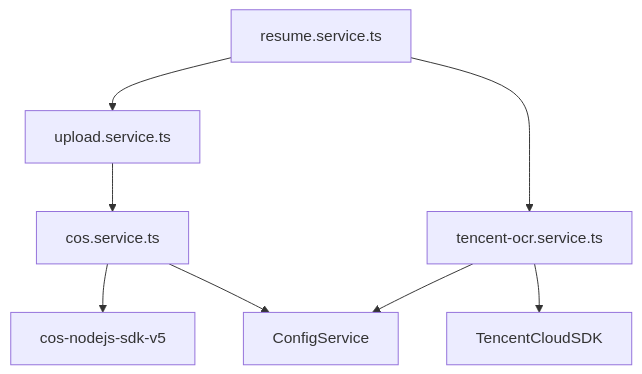
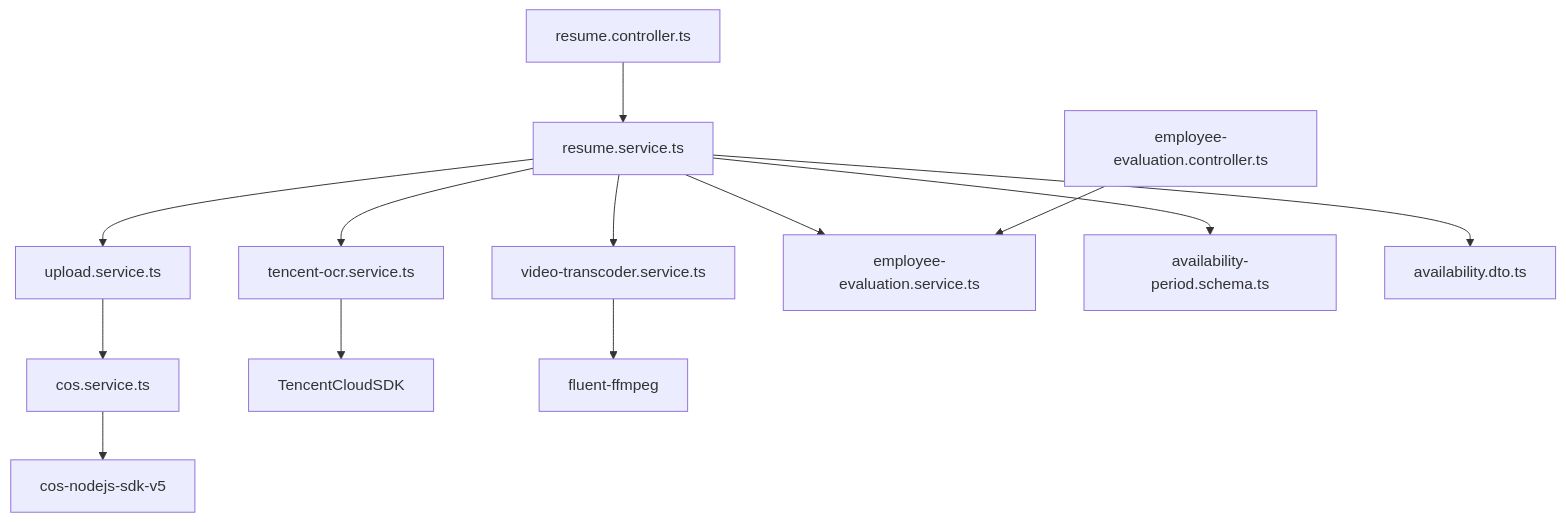
The fifth of 5 diagrams in .qoder/repowiki/zh/content/核心功能模块/简历管理模块.md (sunxuebo91/andejiazhengkaifa), drawn with Mermaid before and after one commit. The commit also changed other lines of this file and 439 other files, not shown here.

````diff
--- a/.qoder/repowiki/zh/content/核心功能模块/简历管理模块.md
+++ b/.qoder/repowiki/zh/content/核心功能模块/简历管理模块.md
@@ -229,10 +350,15 @@
 ```mermaid
 graph TD
 A[resume.service.ts] --> B[upload.service.ts]
 A --> C[tencent-ocr.service.ts]
-B --> D[cos.service.ts]
-D --> E[cos-nodejs-sdk-v5]
-C --> F[TencentCloudSDK]
-D --> G[ConfigService]
-C --> G
+A --> D[video-transcoder.service.ts]
+A --> E[employee-evaluation.service.ts]
+B --> F[cos.service.ts]
+F --> G[cos-nodejs-sdk-v5]
+C --> H[TencentCloudSDK]
+D --> I[fluent-ffmpeg]
+A --> J[availability-period.schema.ts]
+A --> K[availability.dto.ts]
+L[resume.controller.ts] --> A
+M[employee-evaluation.controller.ts] --> E
 ```
````
